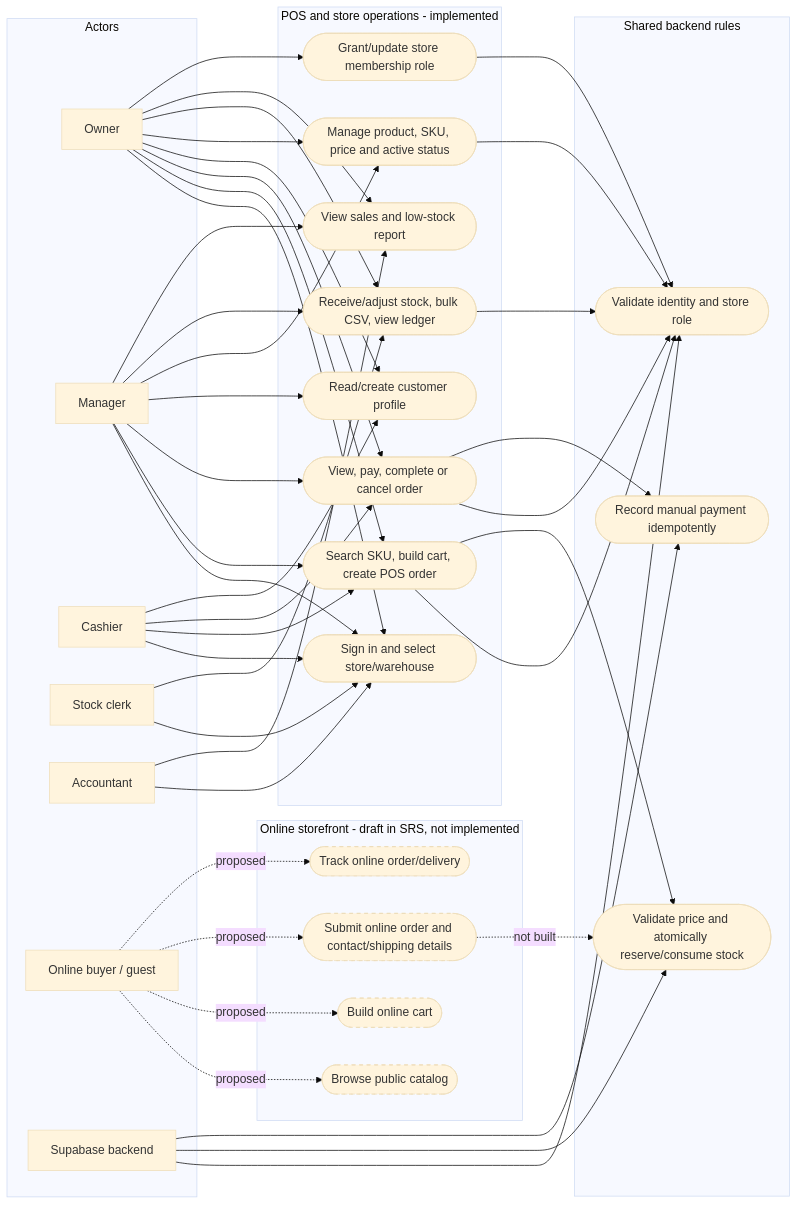
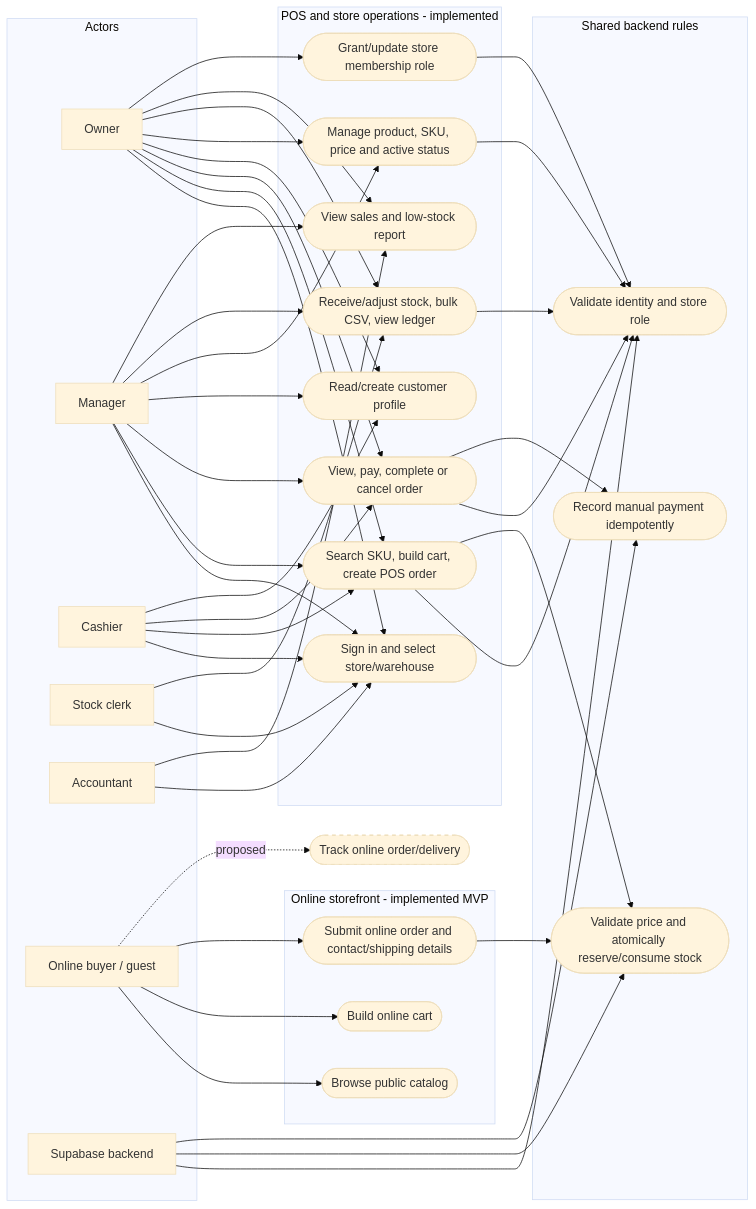
The diagram in PROGRESS.md (nmd29io/he-thong-ban-hang), drawn with Mermaid (base theme) before and after one commit. The commit also changed other lines of this file and 17 other files, not shown here.

Commit message:
Add online storefront and product images

````diff
--- a/PROGRESS.md
+++ b/PROGRESS.md
@@ -23,80 +23,80 @@
 ```mermaid
 flowchart LR
   subgraph ACT[Actors]
     O[Owner]
     M[Manager]
     C[Cashier]
     W[Stock clerk]
     A[Accountant]
     G[Online buyer / guest]
     SYS[Supabase backend]
   end
 
   subgraph POS[POS and store operations - implemented]
     AUTH([Sign in and select store/warehouse])
     SALE([Search SKU, build cart, create POS order])
     ORD([View, pay, complete or cancel order])
     CUS([Read/create customer profile])
     CAT([Manage product, SKU, price and active status])
     INV([Receive/adjust stock, bulk CSV, view ledger])
     RPT([View sales and low-stock report])
     ACL([Grant/update store membership role])
   end
 
-  subgraph ONLINE[Online storefront - draft in SRS, not implemented]
+  subgraph ONLINE[Online storefront - implemented MVP]
     BROWSE([Browse public catalog])
     CART([Build online cart])
     CHECKOUT([Submit online order and contact/shipping details])
-    TRACK([Track online order/delivery])
   end
+  TRACK([Track online order/delivery])
 
   subgraph CORE[Shared backend rules]
     PERM([Validate identity and store role])
     TX([Validate price and atomically reserve/consume stock])
     PAY([Record manual payment idempotently])
   end
 
   O --> AUTH
   M --> AUTH
   C --> AUTH
   W --> AUTH
   A --> AUTH
   O --> SALE
   M --> SALE
   C --> SALE
   O --> ORD
   M --> ORD
   C --> ORD
   O --> CUS
   M --> CUS
   C --> CUS
   O --> CAT
   M --> CAT
   O --> INV
   M --> INV
   W --> INV
   O --> RPT
   M --> RPT
   A --> RPT
   O --> ACL
 
-  G -. proposed .-> BROWSE
-  G -. proposed .-> CART
-  G -. proposed .-> CHECKOUT
+  G --> BROWSE
+  G --> CART
+  G --> CHECKOUT
   G -. proposed .-> TRACK
 
   SALE --> PERM
   SALE --> TX
   ORD --> PERM
   ORD --> PAY
   INV --> PERM
   CAT --> PERM
   ACL --> PERM
-  CHECKOUT -. not built .-> TX
+  CHECKOUT --> TX
   SYS --> PERM
   SYS --> TX
   SYS --> PAY
 
   classDef draft stroke-dasharray: 5 5
-  class BROWSE,CART,CHECKOUT,TRACK draft
+  class TRACK draft
 ```
````
